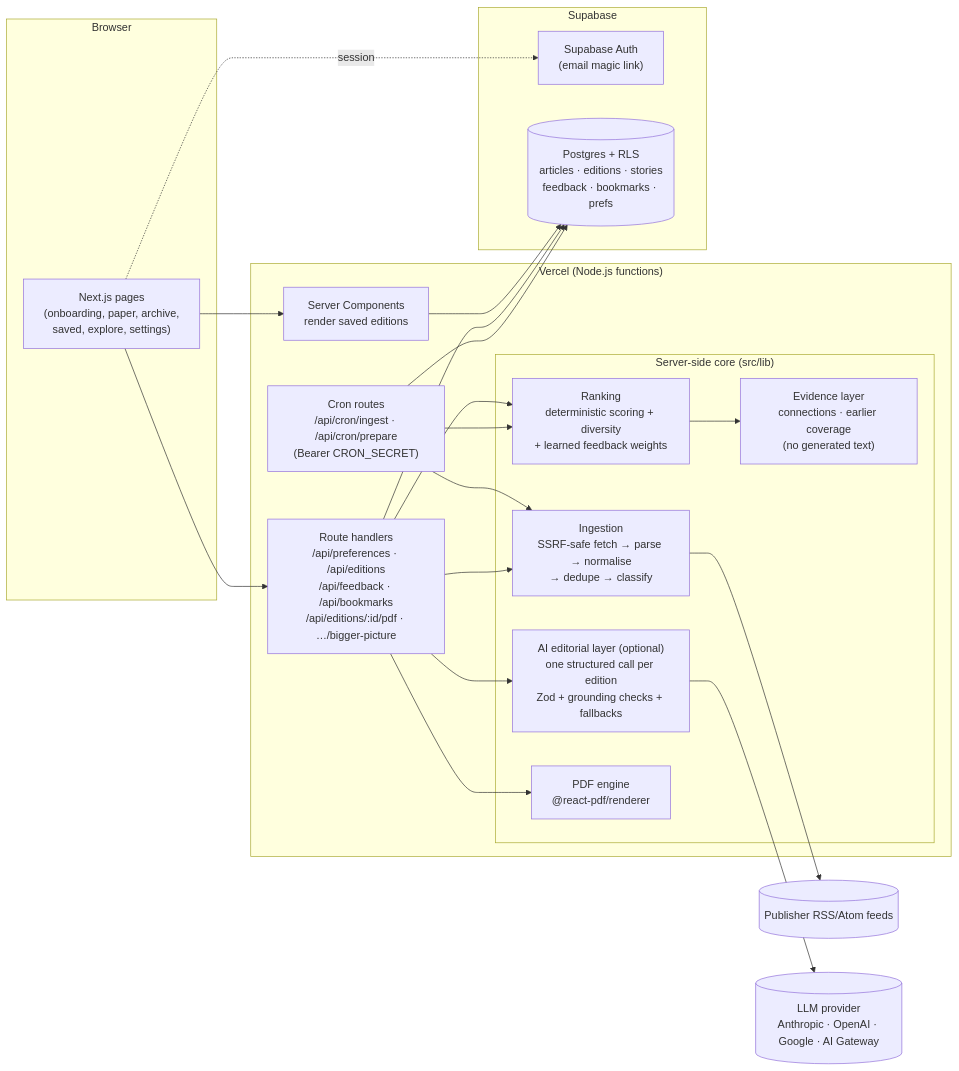
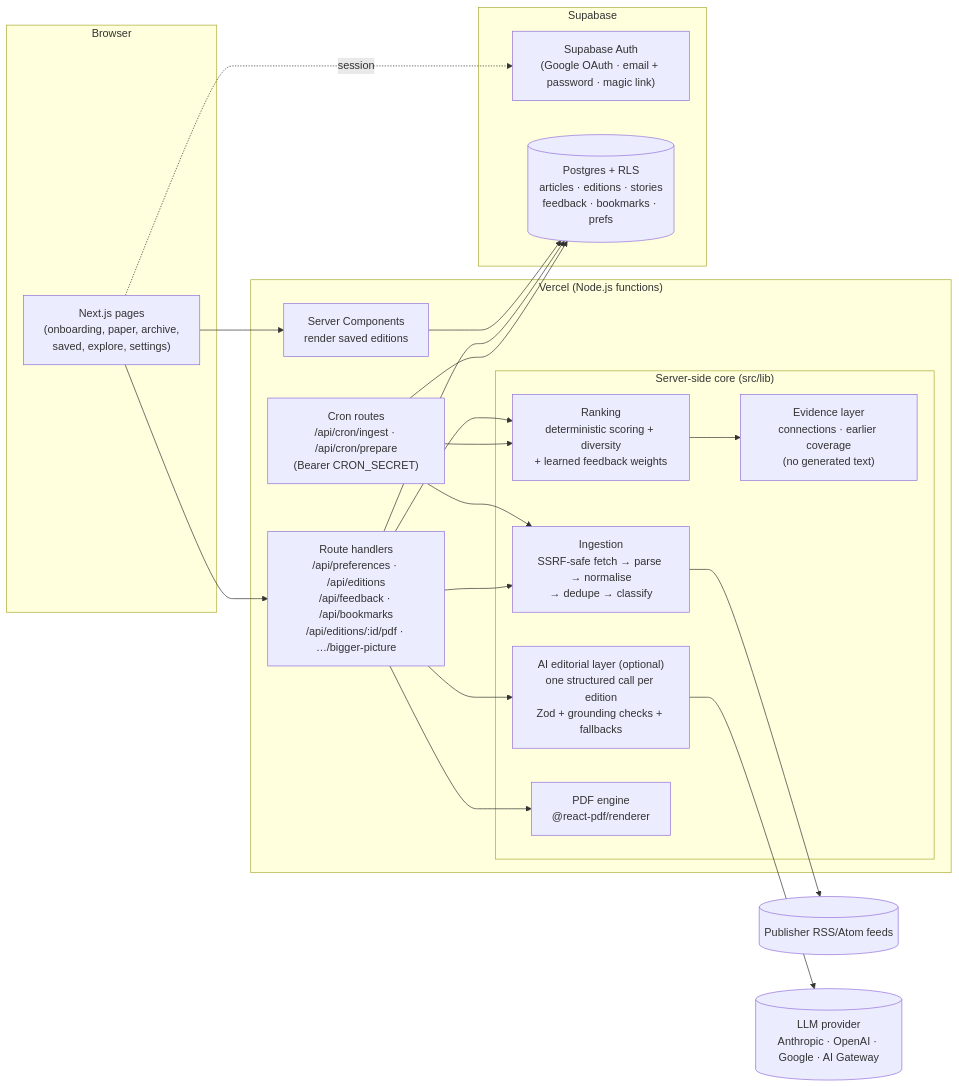
The diagram in README.md (tehsaad/DayBreak), drawn with Mermaid before and after one commit. The commit also changed other lines of this file and 31 other files, not shown here.

````diff
--- a/README.md
+++ b/README.md
@@ -75,36 +75,36 @@
 ```mermaid
 flowchart LR
   subgraph Browser
     UI["Next.js pages<br/>(onboarding, paper, archive,<br/>saved, explore, settings)"]
   end
 
   subgraph Vercel["Vercel (Node.js functions)"]
     Pages["Server Components<br/>render saved editions"]
     API["Route handlers<br/>/api/preferences · /api/editions<br/>/api/feedback · /api/bookmarks<br/>/api/editions/:id/pdf · …/bigger-picture"]
     Cron["Cron routes<br/>/api/cron/ingest · /api/cron/prepare<br/>(Bearer CRON_SECRET)"]
     subgraph Core["Server-side core (src/lib)"]
       Ingest["Ingestion<br/>SSRF-safe fetch → parse → normalise<br/>→ dedupe → classify"]
       Rank["Ranking<br/>deterministic scoring + diversity<br/>+ learned feedback weights"]
       Editorial["AI editorial layer (optional)<br/>one structured call per edition<br/>Zod + grounding checks + fallbacks"]
       Evidence["Evidence layer<br/>connections · earlier coverage<br/>(no generated text)"]
       PDF["PDF engine<br/>@react-pdf/renderer"]
     end
   end
 
   Feeds[("Publisher RSS/Atom feeds")]
   LLM[("LLM provider<br/>Anthropic · OpenAI · Google · AI Gateway")]
   subgraph Supabase
-    Auth["Supabase Auth<br/>(email magic link)"]
+    Auth["Supabase Auth<br/>(Google OAuth · email + password · magic link)"]
     PG[("Postgres + RLS<br/>articles · editions · stories<br/>feedback · bookmarks · prefs")]
   end
 
   UI --> Pages & API
   API --> Rank & PDF & Editorial
   Cron --> Ingest & Rank
   API --> Ingest
   Ingest --> Feeds
   Editorial --> LLM
   Rank --> Evidence
   Pages & API & Cron --> PG
   UI -.session.-> Auth
 ```
````
